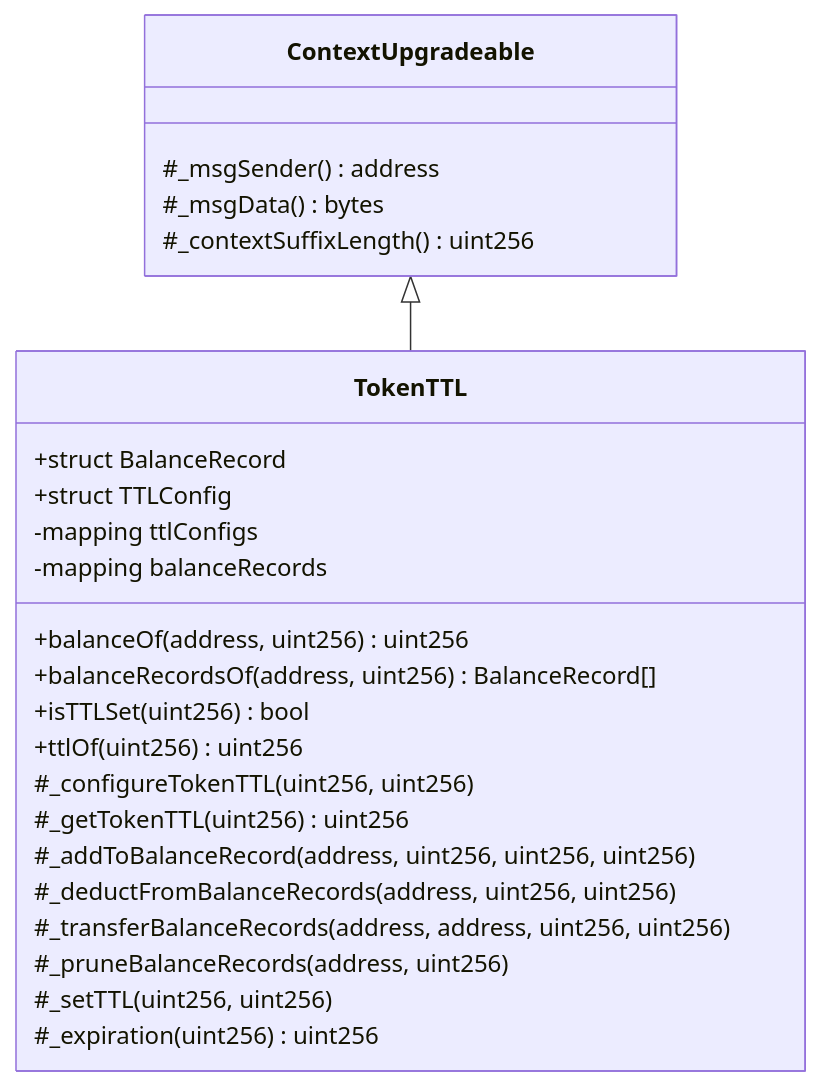
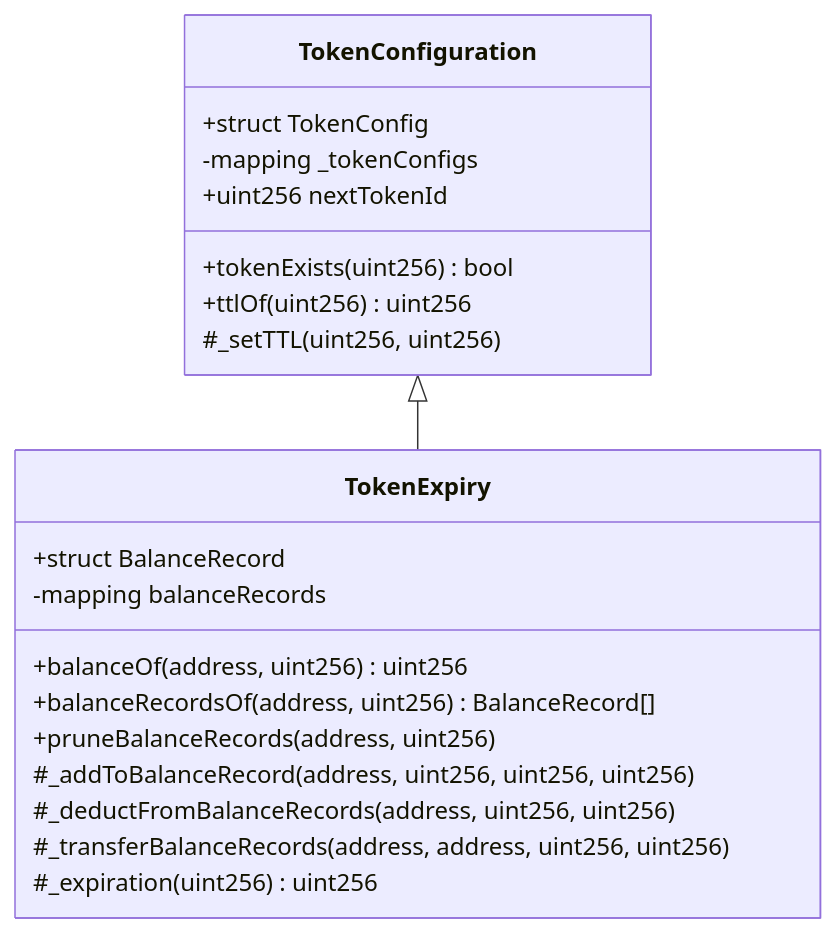
One commit to glanzz/evmauth-core changed the sixth of 18 diagrams in src/README.md. Above: the diagram before and after it, drawn with Mermaid. The commit also changed other lines of this file and 28 other files, not shown here.

Commit message:
refactor: simplify token config

````diff
--- a/src/README.md
+++ b/src/README.md
@@ -393,28 +369,24 @@
 ```mermaid
 classDiagram
-    class ContextUpgradeable{
-        #_msgSender() address
-        #_msgData() bytes
-        #_contextSuffixLength() uint256
+    class TokenConfiguration{
+        +struct TokenConfig
+        -mapping _tokenConfigs
+        +uint256 nextTokenId
+        +tokenExists(uint256) bool
+        +ttlOf(uint256) uint256
+        #_setTTL(uint256, uint256)
     }
-    class TokenTTL{
+    class TokenExpiry{
         +struct BalanceRecord
-        +struct TTLConfig
-        -mapping ttlConfigs
         -mapping balanceRecords
         +balanceOf(address, uint256) uint256
         +balanceRecordsOf(address, uint256) BalanceRecord[]
-        +isTTLSet(uint256) bool
-        +ttlOf(uint256) uint256
-        #_configureTokenTTL(uint256, uint256)
-        #_getTokenTTL(uint256) uint256
+        +pruneBalanceRecords(address, uint256)
         #_addToBalanceRecord(address, uint256, uint256, uint256)
         #_deductFromBalanceRecords(address, uint256, uint256)
         #_transferBalanceRecords(address, address, uint256, uint256)
-        #_pruneBalanceRecords(address, uint256)
-        #_setTTL(uint256, uint256)
         #_expiration(uint256) uint256
     }
     
-    ContextUpgradeable <|-- TokenTTL
+    TokenConfiguration <|-- TokenExpiry
 ```
````
